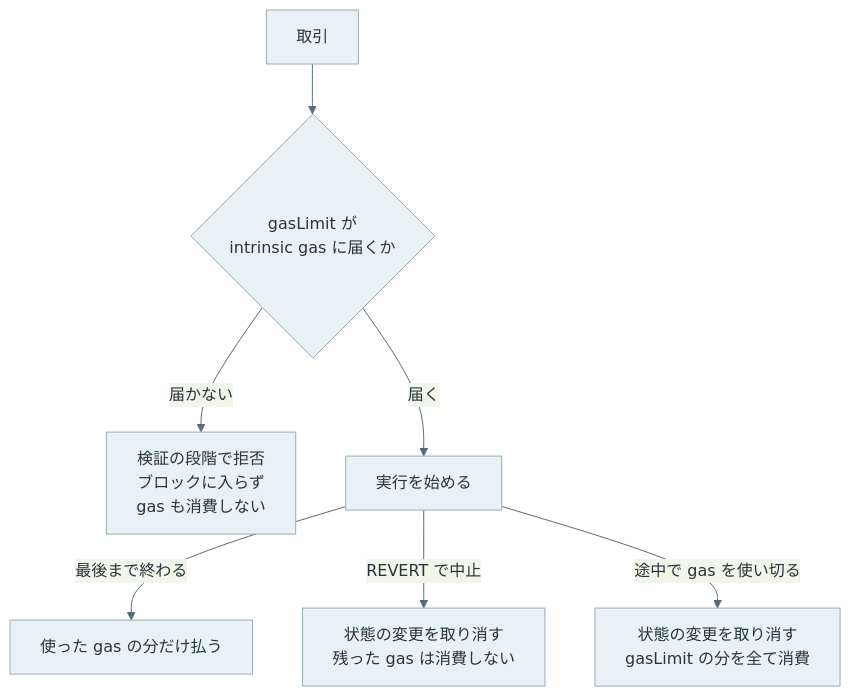
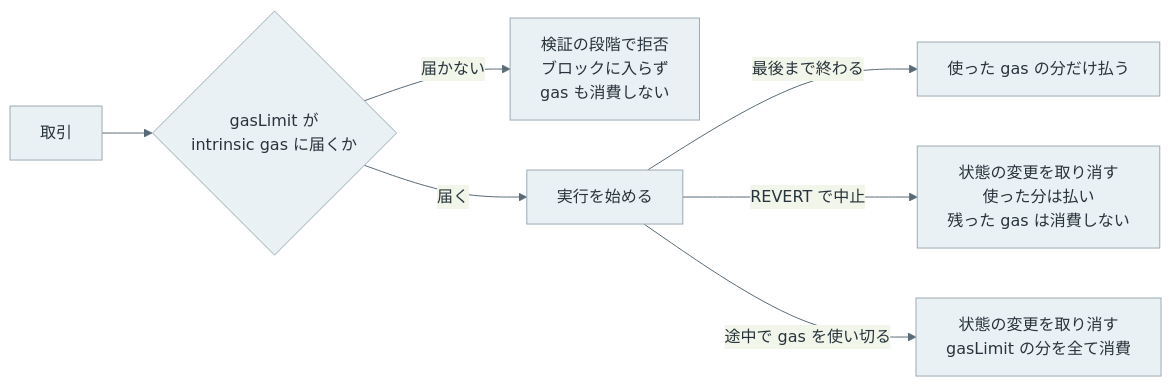
The fourth of 6 diagrams in content/notes/blockchain-systems/ethereum-transaction/index.md (nao1215/debimate), drawn with Mermaid before and after one commit. The commit also changed other lines of this file and 425 other files, not shown here.

````diff
--- a/content/notes/blockchain-systems/ethereum-transaction/index.md
+++ b/content/notes/blockchain-systems/ethereum-transaction/index.md
@@ -231,11 +177,11 @@
 ```mermaid
 %%{init: {"theme":"base","themeVariables":{"primaryColor":"#eaf1f5","primaryTextColor":"#28343b","primaryBorderColor":"#9cabb5","lineColor":"#596b76","textColor":"#28343b","actorBkg":"#eaf1f5","actorBorder":"#9cabb5","actorTextColor":"#28343b","actorLineColor":"#9cabb5","signalColor":"#596b76","signalTextColor":"#28343b","noteBkgColor":"#f7f1e5","noteBorderColor":"#c5b99b","noteTextColor":"#403c32","activationBkgColor":"#edf3ef","activationBorderColor":"#9aafa1"}}}%%
-flowchart TD
+flowchart LR
     T["取引"] --> Q{"gasLimit が<br/>intrinsic gas に届くか"}
     Q -->|"届かない"| X["検証の段階で拒否<br/>ブロックに入らず<br/>gas も消費しない"]
     Q -->|"届く"| E["実行を始める"]
     E -->|"最後まで終わる"| D["使った gas の分だけ払う"]
-    E -->|"REVERT で中止"| RV["状態の変更を取り消す<br/>残った gas は消費しない"]
+    E -->|"REVERT で中止"| RV["状態の変更を取り消す<br/>使った分は払い<br/>残った gas は消費しない"]
     E -->|"途中で gas を使い切る"| OG["状態の変更を取り消す<br/>gasLimit の分を全て消費"]
     classDef default fill:#eaf1f5,stroke:#9cabb5,color:#28343b;
 ```
````
